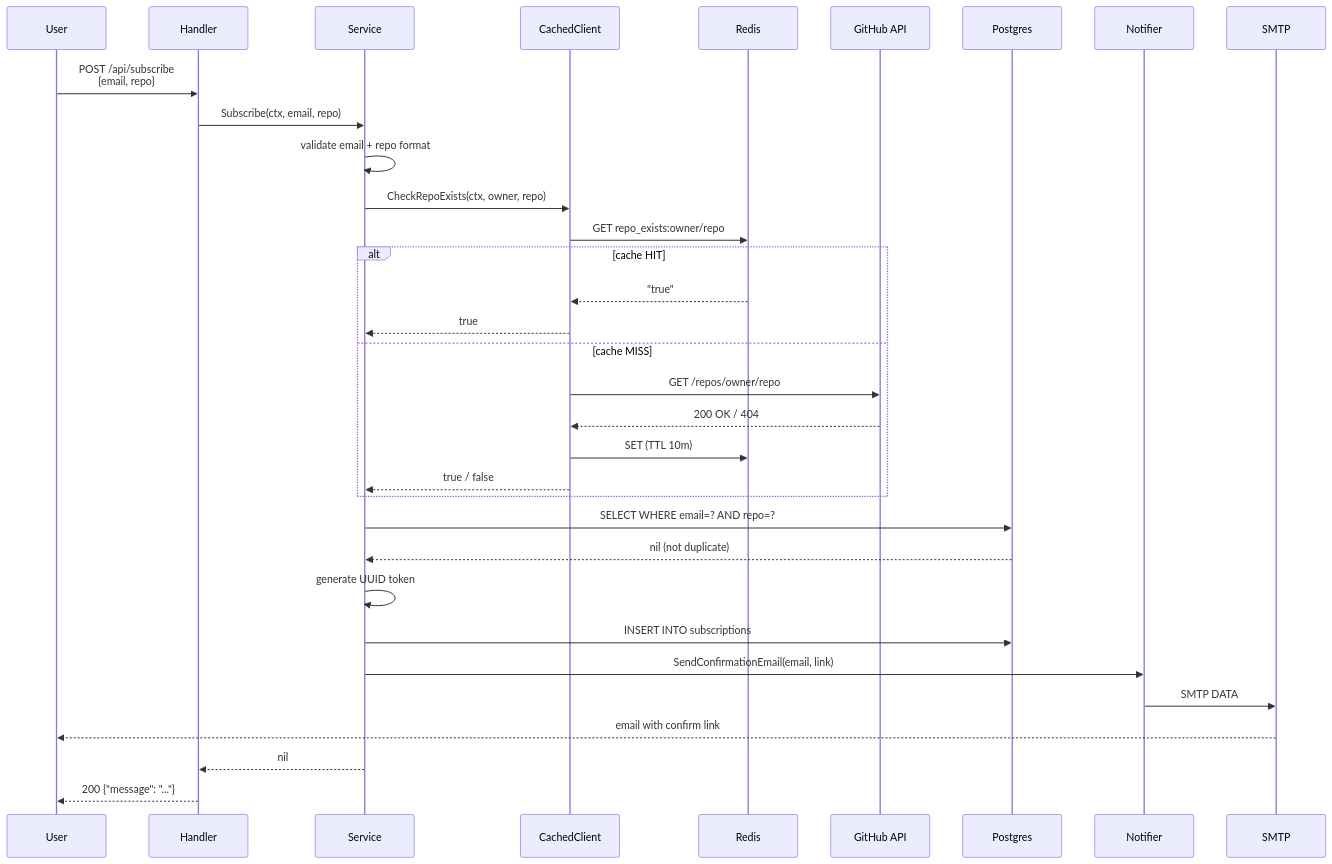
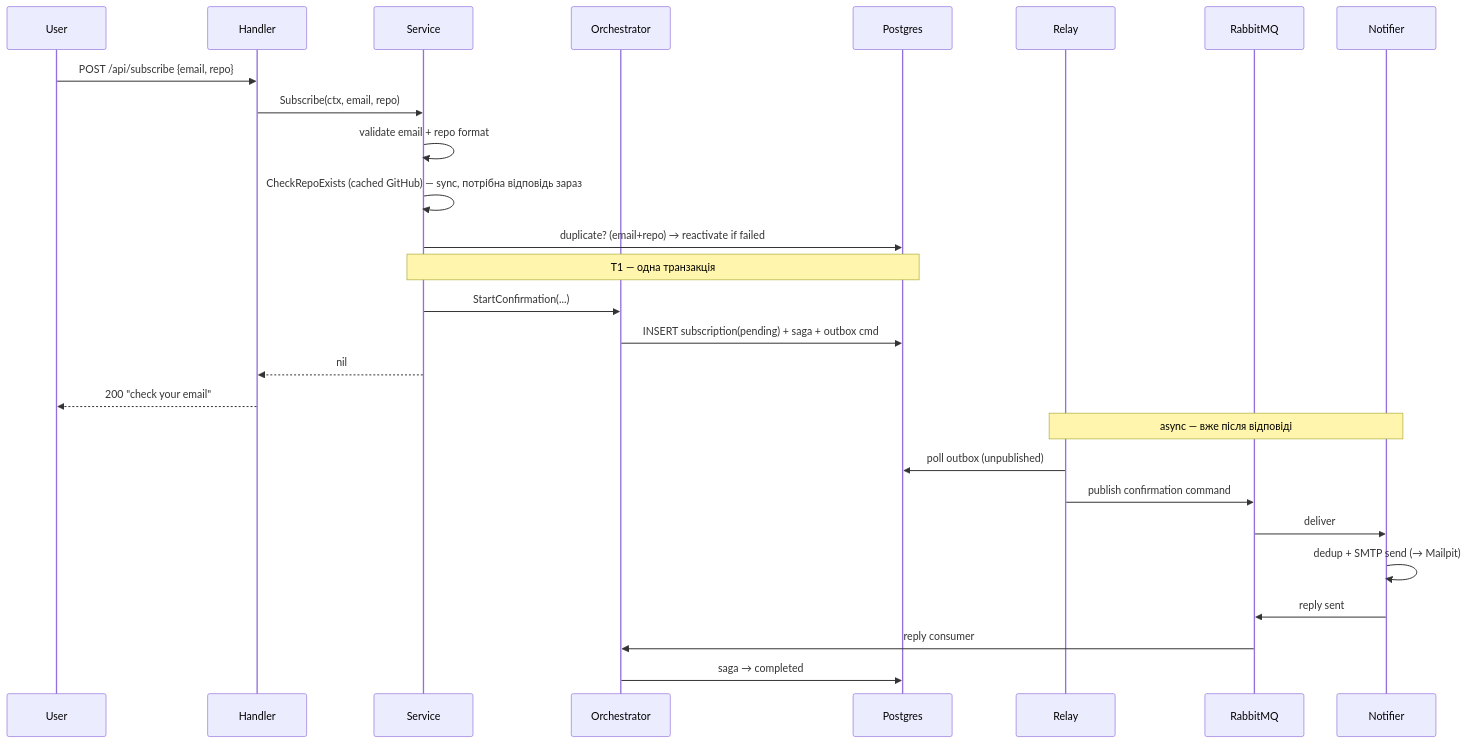
Before and after one commit to GenesisEducationKyiv/software-engineering-school-6-0-Yurii-Levchenko: the fourth of 5 diagrams in system-design/README.md, drawn with Mermaid. The commit also changed other lines of this file and 1 other file, not shown here.

Commit message:
docs(hw9): update system-design + README for the 2-process saga architecture

````diff
--- a/system-design/README.md
+++ b/system-design/README.md
@@ -330,36 +395,30 @@
 ```mermaid
 sequenceDiagram
     participant U as User
     participant H as Handler
     participant S as Service
-    participant C as CachedClient
-    participant R as Redis
-    participant G as GitHub API
+    participant O as Orchestrator
     participant DB as Postgres
+    participant Relay
+    participant MQ as RabbitMQ
     participant N as Notifier
-    participant SMTP as SMTP
 
-    U->>H: POST /api/subscribe<br/>{email, repo}
+    U->>H: POST /api/subscribe {email, repo}
     H->>S: Subscribe(ctx, email, repo)
     S->>S: validate email + repo format
-    S->>C: CheckRepoExists(ctx, owner, repo)
-    C->>R: GET repo_exists:owner/repo
-    alt cache HIT
-        R-->>C: "true"
-        C-->>S: true
-    else cache MISS
-        C->>G: GET /repos/owner/repo
-        G-->>C: 200 OK / 404
-        C->>R: SET (TTL 10m)
-        C-->>S: true / false
-    end
-    S->>DB: SELECT WHERE email=? AND repo=?
-    DB-->>S: nil (not duplicate)
-    S->>S: generate UUID token
-    S->>DB: INSERT INTO subscriptions
-    S->>N: SendConfirmationEmail(email, link)
-    N->>SMTP: SMTP DATA
-    SMTP-->>U: email with confirm link
+    S->>S: CheckRepoExists (cached GitHub) — sync, потрібна відповідь зараз
+    S->>DB: duplicate? (email+repo) → reactivate if failed
+    Note over S,DB: T1 — одна транзакція
+    S->>O: StartConfirmation(...)
+    O->>DB: INSERT subscription(pending) + saga + outbox cmd
     S-->>H: nil
-    H-->>U: 200 {"message": "..."}
+    H-->>U: 200 "check your email"
+    Note over Relay,N: async — вже після відповіді
+    Relay->>DB: poll outbox (unpublished)
+    Relay->>MQ: publish confirmation command
+    MQ->>N: deliver
+    N->>N: dedup + SMTP send (→ Mailpit)
+    N->>MQ: reply sent
+    MQ->>O: reply consumer
+    O->>DB: saga → completed
 ```
````
